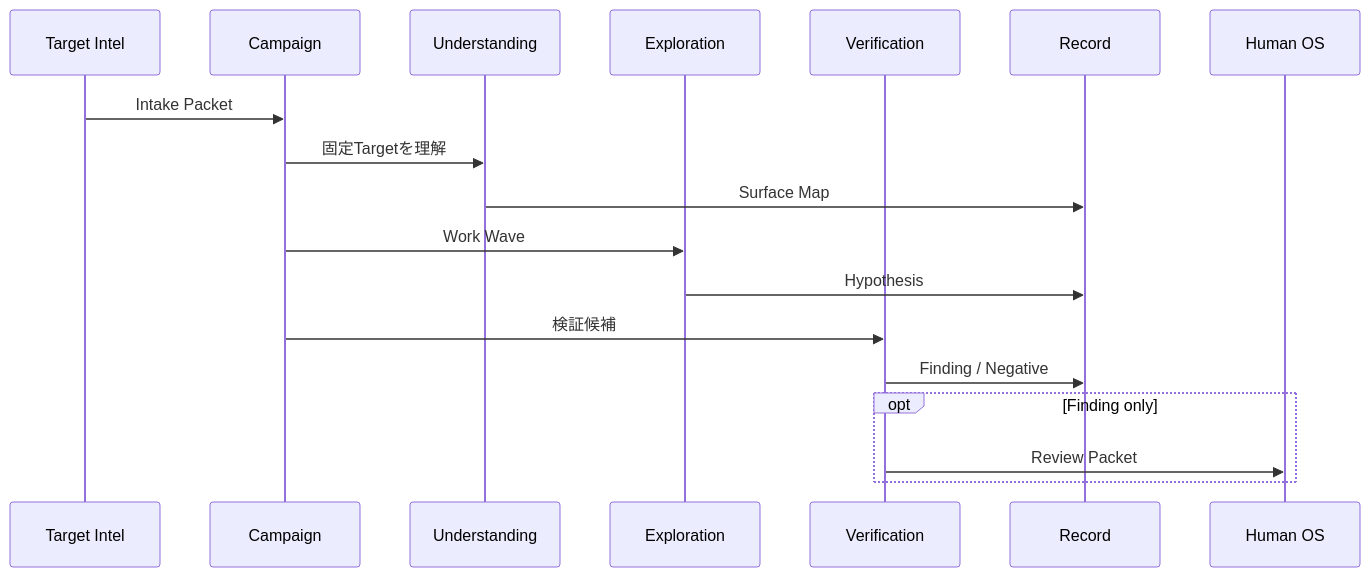
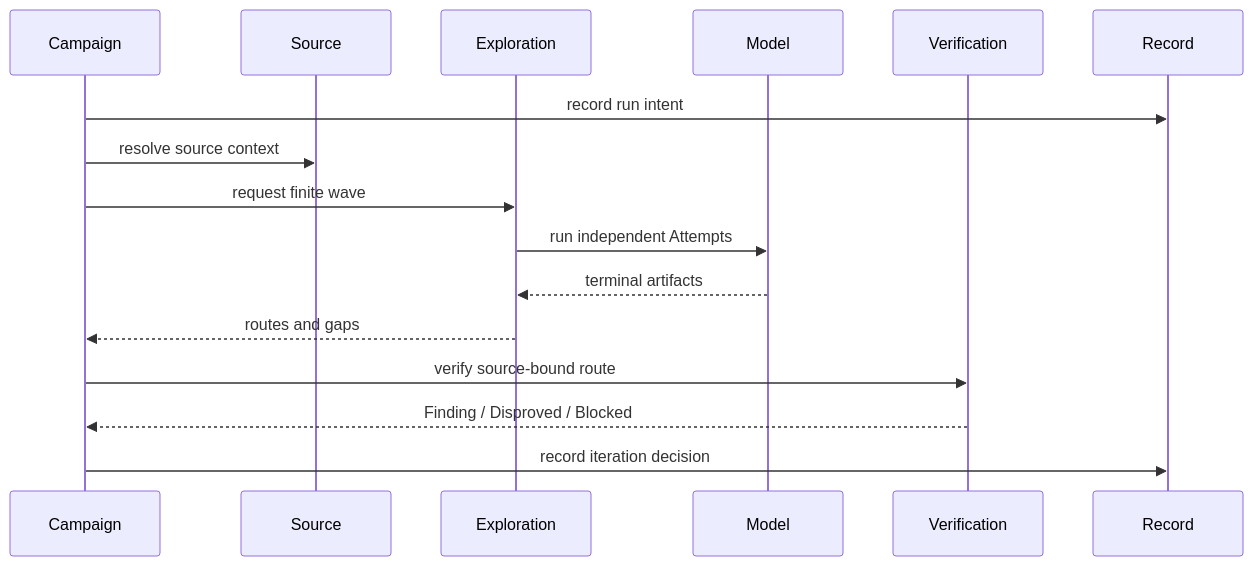
The third of 4 diagrams in docs/design/architecture/module-map.md (momoponwork1415-lgtm/wordpress-harness), drawn with Mermaid before and after one commit. The commit also changed other lines of this file and 33 other files, not shown here.

````diff
--- a/docs/design/architecture/module-map.md
+++ b/docs/design/architecture/module-map.md
@@ -98,21 +66,19 @@
 ```mermaid
 sequenceDiagram
-    participant TI as Target Intel
     participant CC as Campaign
-    participant SU as Understanding
+    participant SU as Source
     participant EX as Exploration
+    participant ME as Model
     participant VE as Verification
     participant RR as Record
-    participant HO as Human OS
 
-    TI->>CC: Intake Packet
-    CC->>SU: 固定Targetを理解
-    SU->>RR: Surface Map
-    CC->>EX: Work Wave
-    EX->>RR: Hypothesis
-    CC->>VE: 検証候補
-    VE->>RR: Finding / Negative
-    opt Finding only
-        VE->>HO: Review Packet
-    end
+    CC->>RR: record run intent
+    CC->>SU: resolve source context
+    CC->>EX: request finite wave
+    EX->>ME: run independent Attempts
+    ME-->>EX: terminal artifacts
+    EX-->>CC: routes and gaps
+    CC->>VE: verify source-bound route
+    VE-->>CC: Finding / Disproved / Blocked
+    CC->>RR: record iteration decision
 ```
````
